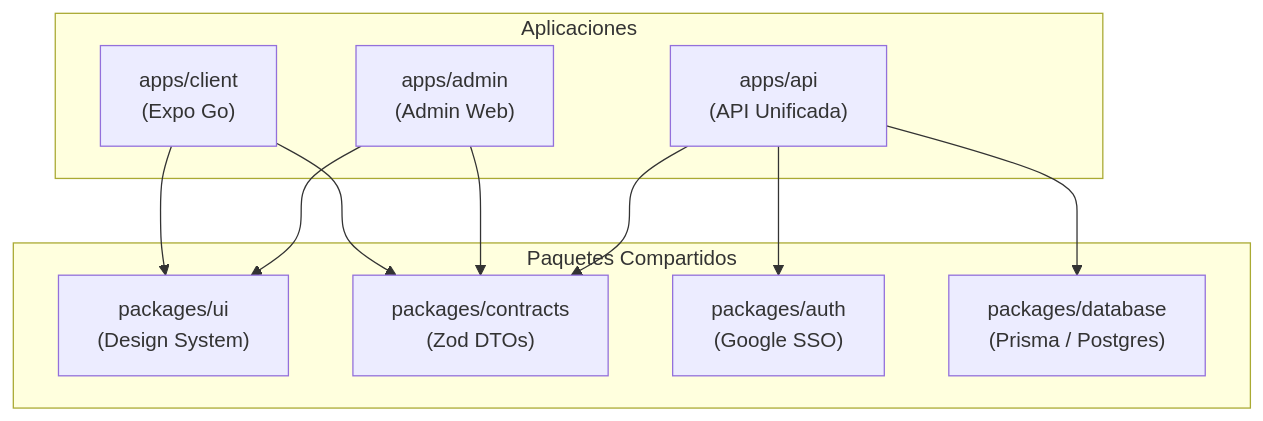
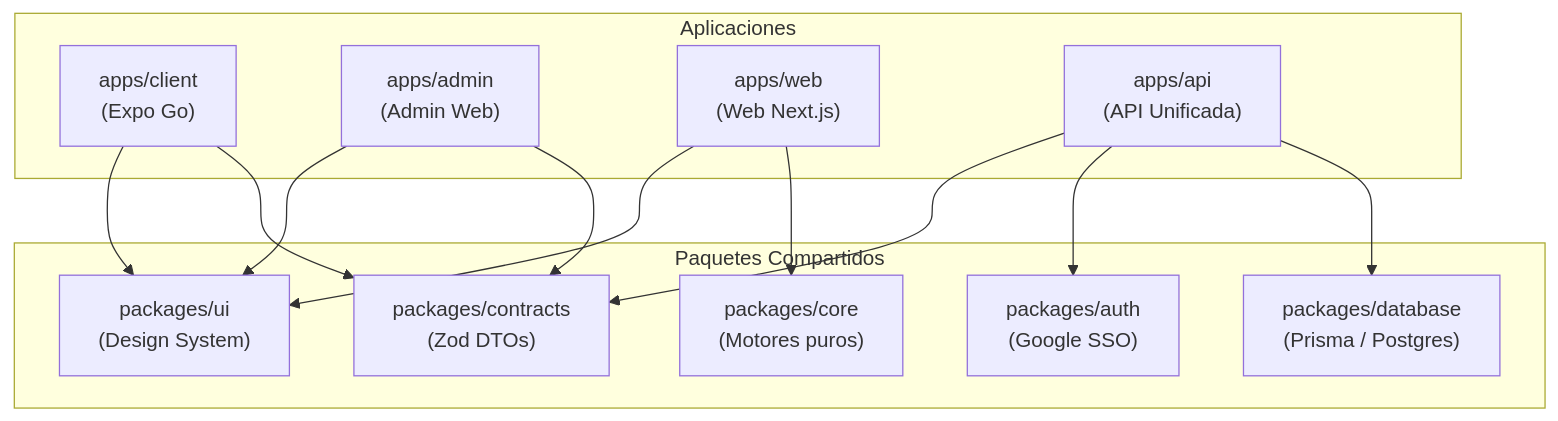
Before and after one commit to roys-lab/astrolegia: the diagram in docs/technology/06-monorepo-structure.md, drawn with Mermaid. The commit also changed other lines of this file and 164 other files, not shown here.

````diff
--- a/docs/technology/06-monorepo-structure.md
+++ b/docs/technology/06-monorepo-structure.md
@@ -58,25 +62,30 @@
 ```mermaid
 flowchart TB
   subgraph apps["Aplicaciones"]
     CLIENT["apps/client<br/>(Expo Go)"]
     ADMIN["apps/admin<br/>(Admin Web)"]
+    WEB["apps/web<br/>(Web Next.js)"]
     API["apps/api<br/>(API Unificada)"]
   end
 
   subgraph packages["Paquetes Compartidos"]
     UI["packages/ui<br/>(Design System)"]
+    CORE["packages/core<br/>(Motores puros)"]
     CONTRACTS["packages/contracts<br/>(Zod DTOs)"]
     AUTH["packages/auth<br/>(Google SSO)"]
     DB["packages/database<br/>(Prisma / Postgres)"]
   end
 
   CLIENT --> UI
   CLIENT --> CONTRACTS
 
   ADMIN --> UI
   ADMIN --> CONTRACTS
 
+  WEB --> UI
+  WEB --> CORE
+
   API --> CONTRACTS
   API --> AUTH
   API --> DB
 ```
````
